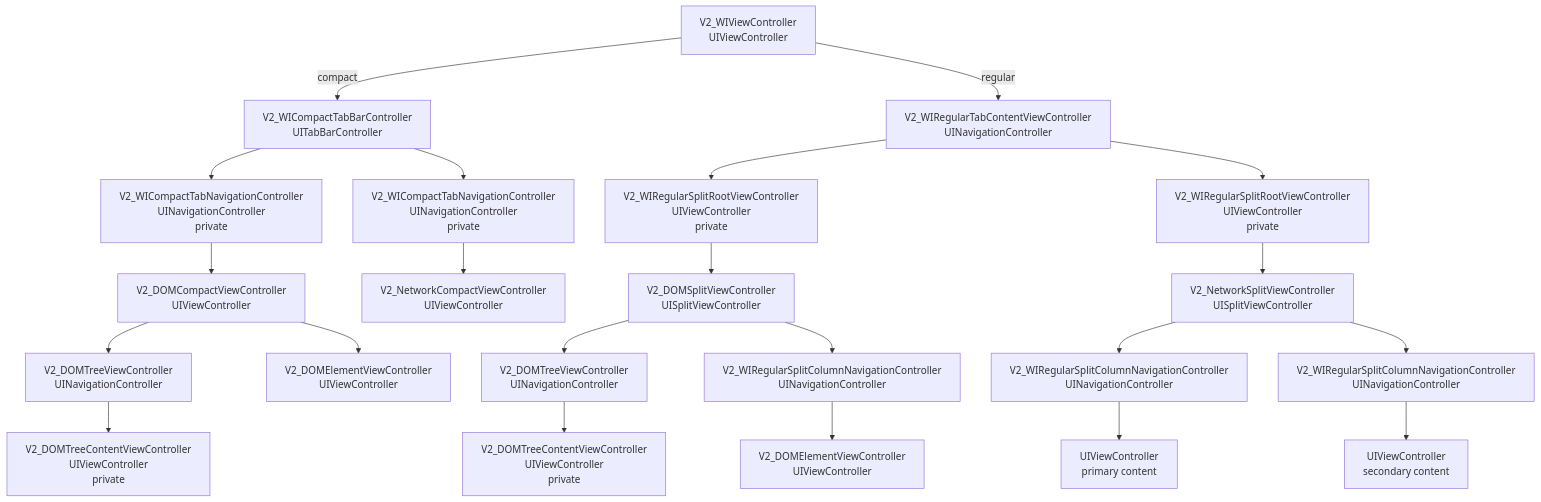
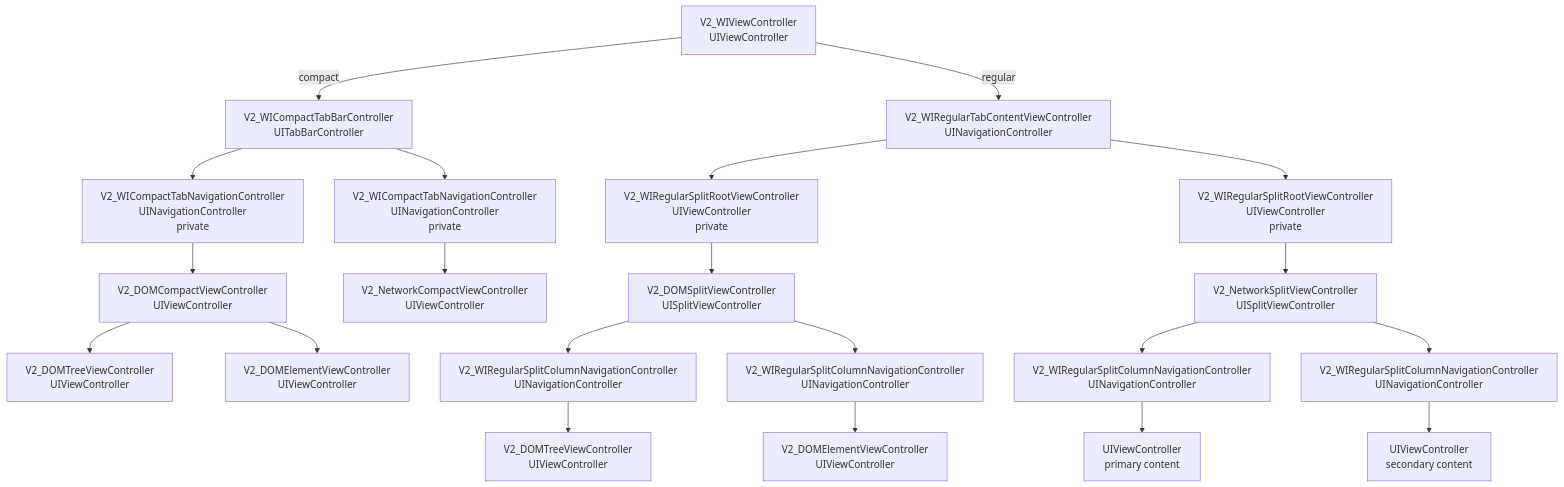
The diagram in Sources/WebInspectorUI/V2/Docs/ViewControllerStructure.md (lynnswap/WebInspectorKit), drawn with Mermaid before and after one commit. The commit also changed other lines of this file and 3 other files, not shown here.

Commit message:
refactor(v2): remove nested DOM tree navigation

````diff
--- a/Sources/WebInspectorUI/V2/Docs/ViewControllerStructure.md
+++ b/Sources/WebInspectorUI/V2/Docs/ViewControllerStructure.md
@@ -8,58 +8,54 @@
 ```mermaid
 flowchart TD
     Root["V2_WIViewController<br/>UIViewController"]
 
     CompactHost["V2_WICompactTabBarController<br/>UITabBarController"]
     RegularHost["V2_WIRegularTabContentViewController<br/>UINavigationController"]
 
     DOMCompactNavigation["V2_WICompactTabNavigationController<br/>UINavigationController<br/>private"]
     DOMCompact["V2_DOMCompactViewController<br/>UIViewController"]
     RegularDOMRoot["V2_WIRegularSplitRootViewController<br/>UIViewController<br/>private"]
     DOMSplit["V2_DOMSplitViewController<br/>UISplitViewController"]
     NetworkCompactNavigation["V2_WICompactTabNavigationController<br/>UINavigationController<br/>private"]
     NetworkCompact["V2_NetworkCompactViewController<br/>UIViewController"]
     RegularNetworkRoot["V2_WIRegularSplitRootViewController<br/>UIViewController<br/>private"]
     NetworkSplit["V2_NetworkSplitViewController<br/>UISplitViewController"]
 
-    CompactTree["V2_DOMTreeViewController<br/>UINavigationController"]
+    CompactTree["V2_DOMTreeViewController<br/>UIViewController"]
     CompactElement["V2_DOMElementViewController<br/>UIViewController"]
-    RegularTree["V2_DOMTreeViewController<br/>UINavigationController"]
+    RegularTreeNavigation["V2_WIRegularSplitColumnNavigationController<br/>UINavigationController"]
+    RegularTree["V2_DOMTreeViewController<br/>UIViewController"]
     RegularElementNavigation["V2_WIRegularSplitColumnNavigationController<br/>UINavigationController"]
     RegularElement["V2_DOMElementViewController<br/>UIViewController"]
-
-    CompactTreeContent["V2_DOMTreeContentViewController<br/>UIViewController<br/>private"]
-    RegularTreeContent["V2_DOMTreeContentViewController<br/>UIViewController<br/>private"]
 
     NetworkPrimaryNavigation["V2_WIRegularSplitColumnNavigationController<br/>UINavigationController"]
     NetworkSecondaryNavigation["V2_WIRegularSplitColumnNavigationController<br/>UINavigationController"]
     NetworkPrimary["UIViewController<br/>primary content"]
     NetworkSecondary["UIViewController<br/>secondary content"]
 
     Root -->|compact| CompactHost
     Root -->|regular| RegularHost
 
     CompactHost --> DOMCompactNavigation
     CompactHost --> NetworkCompactNavigation
     DOMCompactNavigation --> DOMCompact
     NetworkCompactNavigation --> NetworkCompact
 
     RegularHost --> RegularDOMRoot
     RegularHost --> RegularNetworkRoot
     RegularDOMRoot --> DOMSplit
     RegularNetworkRoot --> NetworkSplit
 
     DOMCompact --> CompactTree
     DOMCompact --> CompactElement
 
-    DOMSplit --> RegularTree
+    DOMSplit --> RegularTreeNavigation
+    RegularTreeNavigation --> RegularTree
     DOMSplit --> RegularElementNavigation
     RegularElementNavigation --> RegularElement
-
-    CompactTree --> CompactTreeContent
-    RegularTree --> RegularTreeContent
 
     NetworkSplit --> NetworkPrimaryNavigation
     NetworkSplit --> NetworkSecondaryNavigation
     NetworkPrimaryNavigation --> NetworkPrimary
     NetworkSecondaryNavigation --> NetworkSecondary
 ```
````
